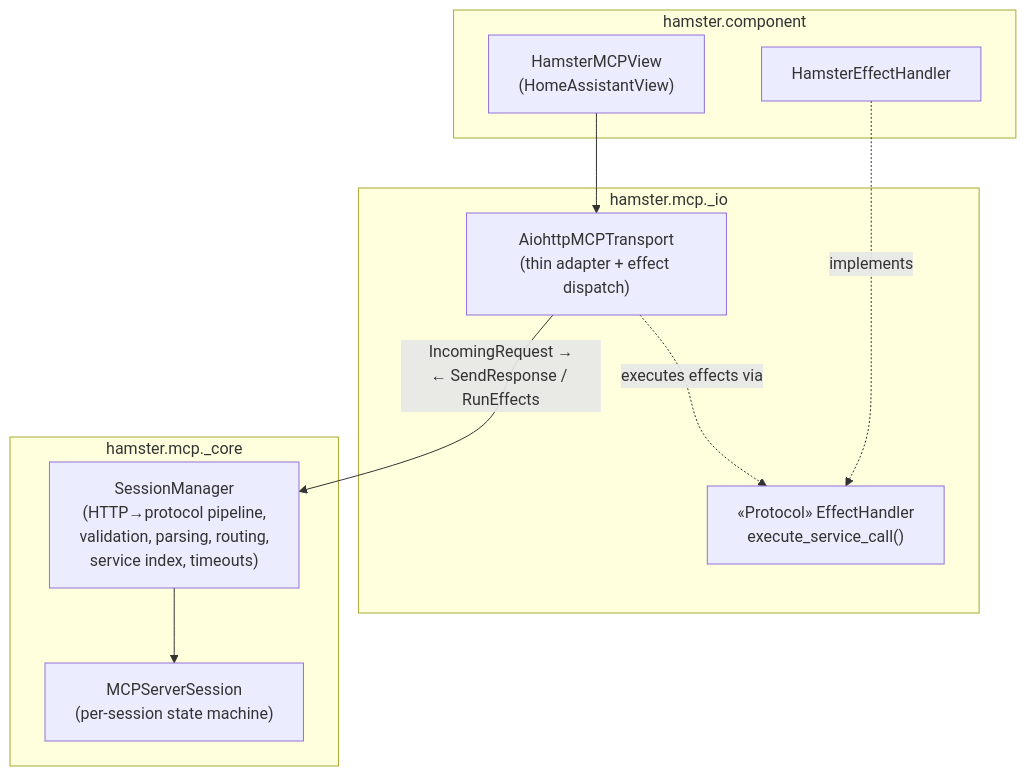
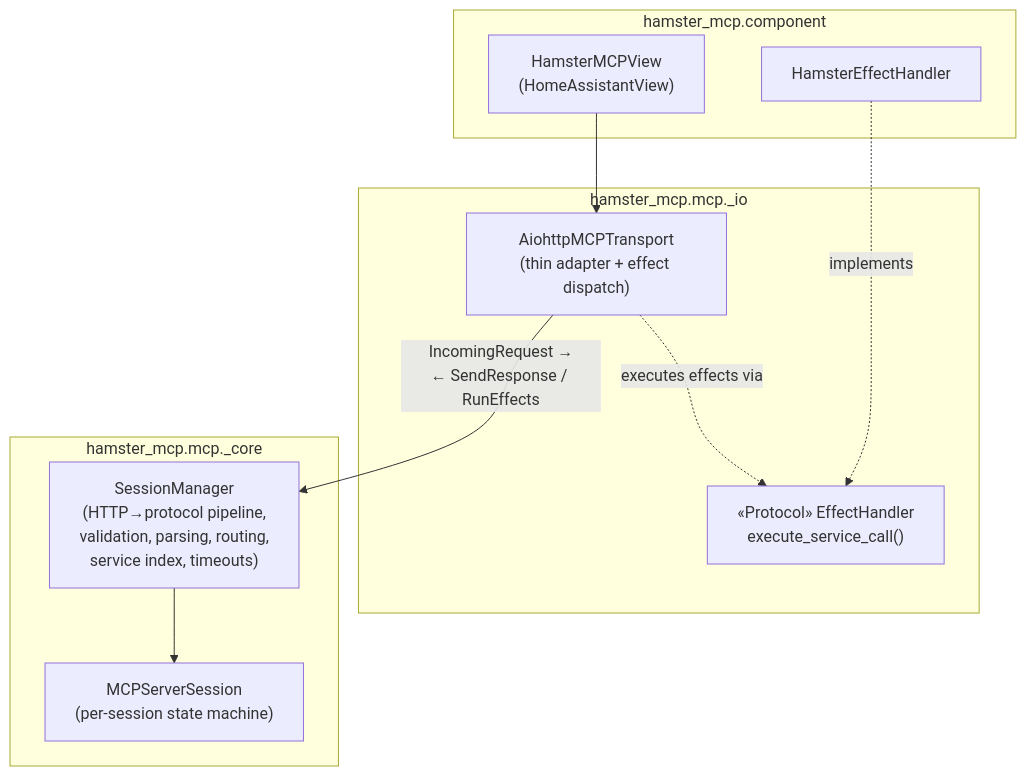
One commit to altendky/hamster changed the second of 4 diagrams in docs/src/project/architecture.md. Above: the diagram before and after it, drawn with Mermaid. The commit also changed other lines of this file and 106 other files, not shown here.

First line of the commit message:
Rename package from hamster to hamster-mcp

````diff
--- a/docs/src/project/architecture.md
+++ b/docs/src/project/architecture.md
@@ -149,23 +149,23 @@
 ```mermaid
 flowchart TB
-    subgraph component["hamster.component"]
+    subgraph component["hamster_mcp.component"]
         view["HamsterMCPView\n(HomeAssistantView)"]
         handler["HamsterEffectHandler"]
     end
 
-    subgraph io["hamster.mcp._io"]
+    subgraph io["hamster_mcp.mcp._io"]
         transport["AiohttpMCPTransport\n(thin adapter + effect dispatch)"]
         protocol["«Protocol» EffectHandler\nexecute_service_call()"]
     end
 
-    subgraph core["hamster.mcp._core"]
+    subgraph core["hamster_mcp.mcp._core"]
         manager["SessionManager\n(HTTP→protocol pipeline,\nvalidation, parsing, routing,\nservice index, timeouts)"]
         session["MCPServerSession\n(per-session state machine)"]
     end
 
     view --> transport
     transport -->|"IncomingRequest →\n← SendResponse / RunEffects"| manager
     manager --> session
     transport -.->|executes effects via| protocol
     handler -.->|implements| protocol
 ```
````
